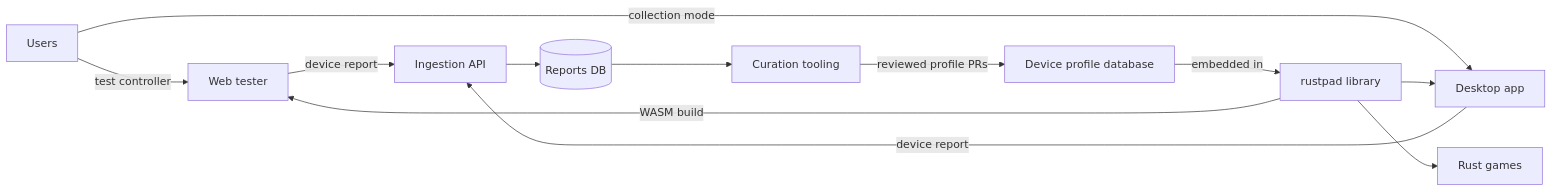
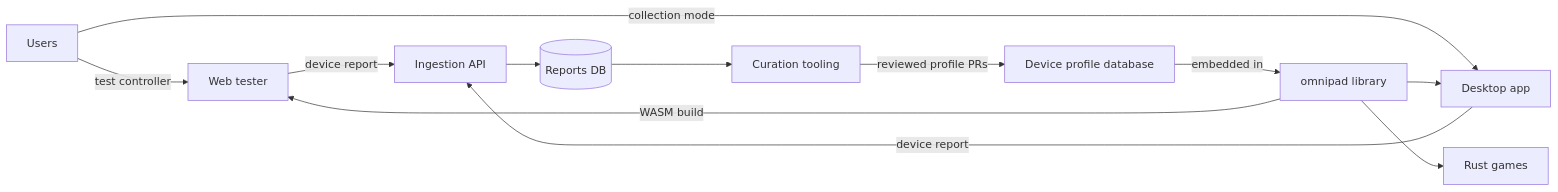
Before and after one commit to anygamepad/anygamepad.github.io: the first of 3 diagrams in ROADMAP/2026-10-10/README.md, drawn with Mermaid. The commit also changed other lines of this file and 8 other files, not shown here.

First line of the commit message:
Roadmap: publish crates as omnipad, egui for a performance-first desktop UI

````diff
--- a/ROADMAP/2026-10-10/README.md
+++ b/ROADMAP/2026-10-10/README.md
@@ -66,14 +66,14 @@
 ```mermaid
 flowchart LR
     U[Users] -->|test controller| WEB[Web tester]
     U -->|collection mode| DESK[Desktop app]
     WEB -->|device report| API[Ingestion API]
     DESK -->|device report| API
     API --> DB[(Reports DB)]
     DB --> CUR[Curation tooling]
     CUR -->|reviewed profile PRs| PROF[Device profile database]
-    PROF -->|embedded in| LIB[rustpad library]
+    PROF -->|embedded in| LIB[omnipad library]
     LIB --> DESK
     LIB -->|WASM build| WEB
     LIB --> GAMES[Rust games]
 ```
````
